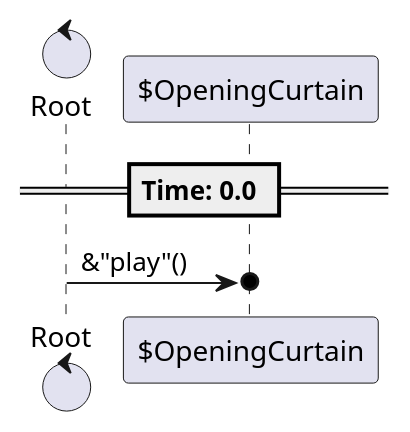
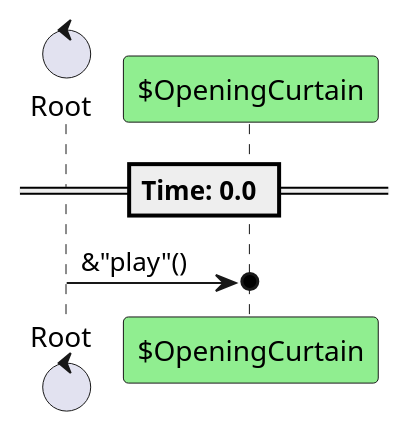
The second of 2 diagrams in content/scenes/src/chapters/0/stages/0/stage_0.tscn.adoc (tkmfujise/Platformer-Game-Learning), drawn with PlantUML before and after one commit. The commit also changed other lines of this file and 67 other files, not shown here.

```diff
--- a/content/scenes/src/chapters/0/stages/0/stage_0.tscn.adoc
+++ b/content/scenes/src/chapters/0/stages/0/stage_0.tscn.adoc
@@ -199,12 +199,12 @@
 [plantuml]
 ....
 control "Root" as R
-participant "$OpeningCurtain" as T0
+participant "$OpeningCurtain" as T0 #90EE90
 
 
 
 == Time: 0.0 ==
 R  ->o  T0 : &"play"()
 
 
 ....
```
